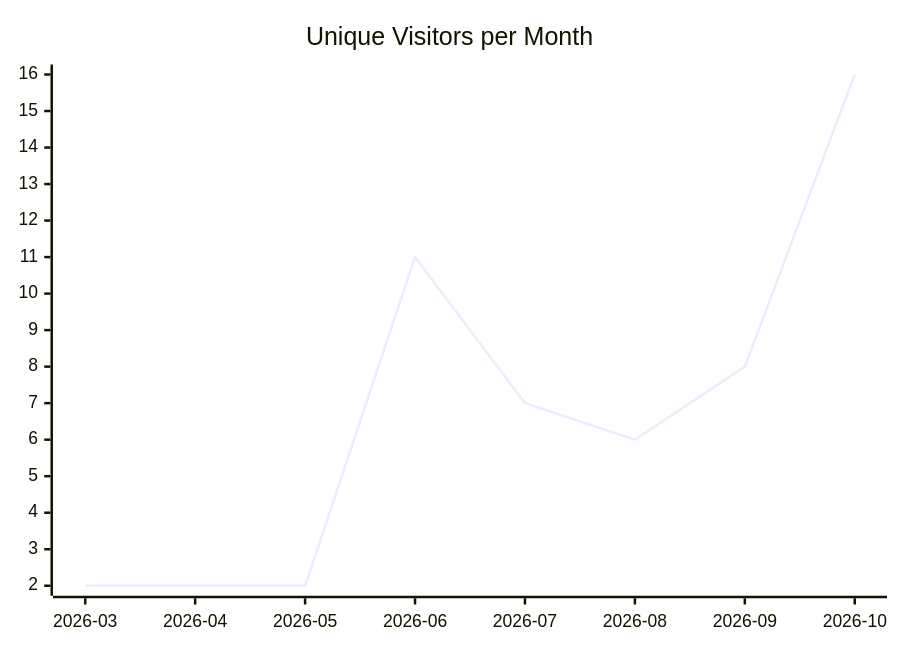
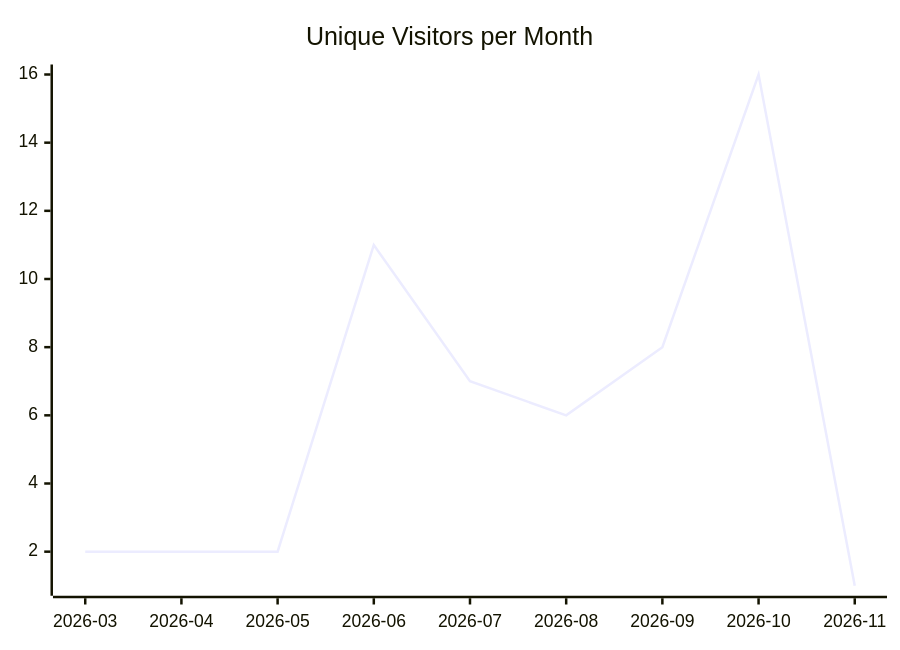
One commit to justdavis-family/github-analytics-data changed the first of 3 diagrams in karlmdavis/ansible-role-jenkins2/README.md. Above: the diagram before and after it, drawn with Mermaid. The commit also changed other lines of this file and 201 other files, not shown here.

````diff
--- a/karlmdavis/ansible-role-jenkins2/README.md
+++ b/karlmdavis/ansible-role-jenkins2/README.md
@@ -5,6 +5,6 @@
 ```mermaid
 xychart-beta
   title "Unique Visitors per Month"
-  x-axis ["2026-03", "2026-04", "2026-05", "2026-06", "2026-07", "2026-08", "2026-09", "2026-10"]
-  line [2, 2, 2, 11, 7, 6, 8, 16]
+  x-axis ["2026-03", "2026-04", "2026-05", "2026-06", "2026-07", "2026-08", "2026-09", "2026-10", "2026-11"]
+  line [2, 2, 2, 11, 7, 6, 8, 16, 1]
 ```
````
